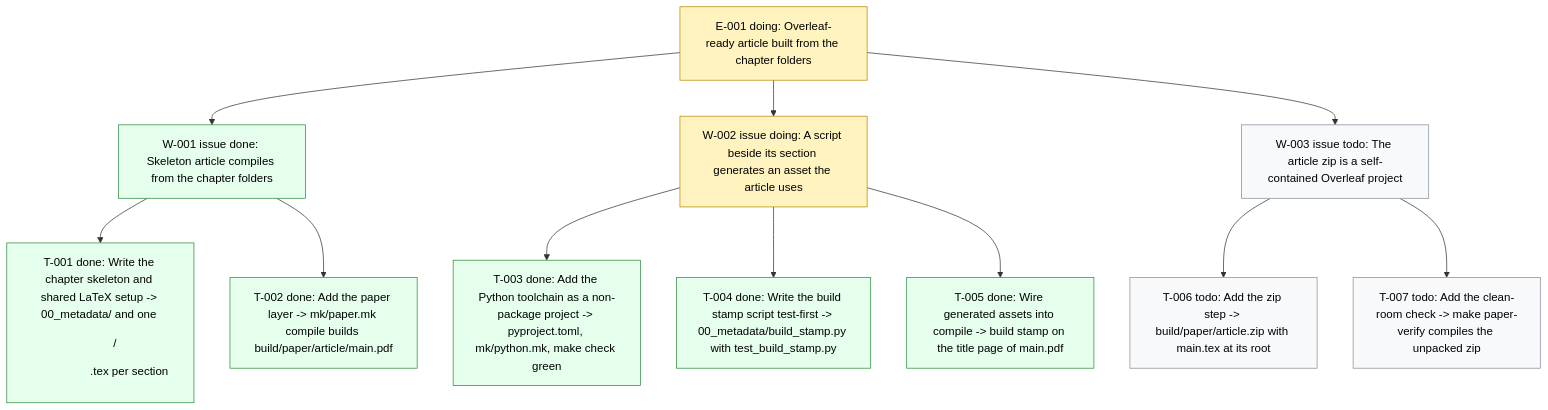
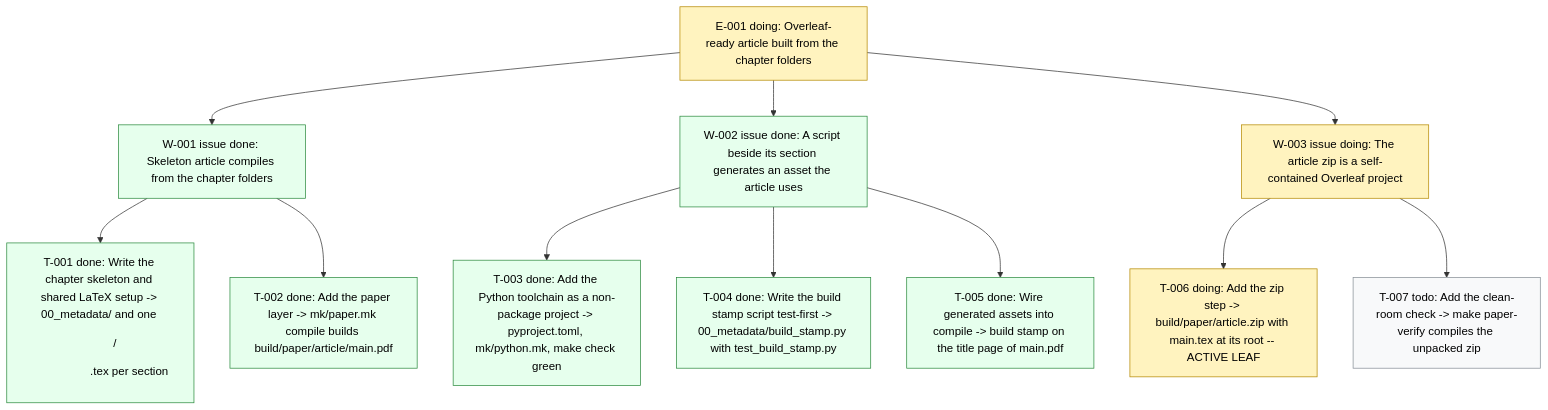
One commit to dpopchev/surrogate-models changed the diagram in .board/BOARD.md. Above: the diagram before and after it, drawn with Mermaid. The commit also changed other lines of this file and 4 other files, not shown here.

First line of the commit message:
feat: zip the compiled article for Overleaf upload

````diff
--- a/.board/BOARD.md
+++ b/.board/BOARD.md
@@ -26,22 +26,22 @@
 ```mermaid
 flowchart TD
   E001["E-001 doing: Overleaf-ready article built from the chapter folders"]
   E001 --> W001["W-001 issue done: Skeleton article compiles from the chapter folders"]
   W001 --> T001["T-001 done: Write the chapter skeleton and shared LaTeX setup -> 00_metadata/ and one <dir>/<dir>.tex per section"]
   W001 --> T002["T-002 done: Add the paper layer -> mk/paper.mk compile builds build/paper/article/main.pdf"]
-  E001 --> W002["W-002 issue doing: A script beside its section generates an asset the article uses"]
+  E001 --> W002["W-002 issue done: A script beside its section generates an asset the article uses"]
   W002 --> T003["T-003 done: Add the Python toolchain as a non-package project -> pyproject.toml, mk/python.mk, make check green"]
   W002 --> T004["T-004 done: Write the build stamp script test-first -> 00_metadata/build_stamp.py with test_build_stamp.py"]
   W002 --> T005["T-005 done: Wire generated assets into compile -> build stamp on the title page of main.pdf"]
-  E001 --> W003["W-003 issue todo: The article zip is a self-contained Overleaf project"]
-  W003 --> T006["T-006 todo: Add the zip step -> build/paper/article.zip with main.tex at its root"]
+  E001 --> W003["W-003 issue doing: The article zip is a self-contained Overleaf project"]
+  W003 --> T006["T-006 doing: Add the zip step -> build/paper/article.zip with main.tex at its root -- ACTIVE LEAF"]
   W003 --> T007["T-007 todo: Add the clean-room check -> make paper-verify compiles the unpacked zip"]
   classDef doing fill:#fff3bf,stroke:#b58900,color:#000;
   classDef blocked fill:#ffe3e3,stroke:#c92a2a,color:#000;
   classDef done fill:#e6ffed,stroke:#2b8a3e,color:#000;
   classDef todo fill:#f8f9fa,stroke:#868e96,color:#000;
   classDef pruned fill:#f1f3f5,stroke:#adb5bd,color:#000;
-  class E001,W002 doing
-  class W001,T001,T002,T003,T004,T005 done
-  class W003,T006,T007 todo
+  class E001,W003,T006 doing
+  class W001,T001,T002,W002,T003,T004,T005 done
+  class T007 todo
 ```
````
